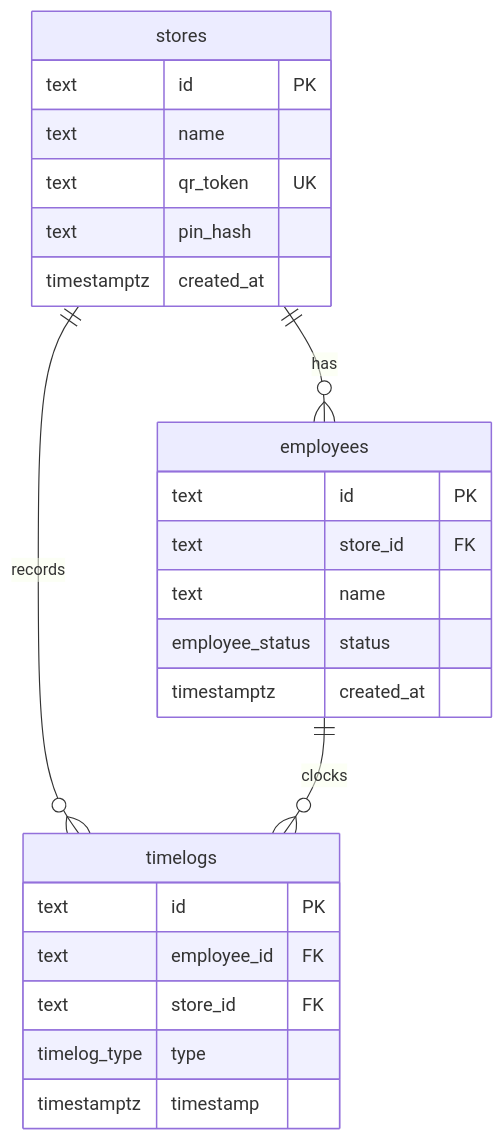
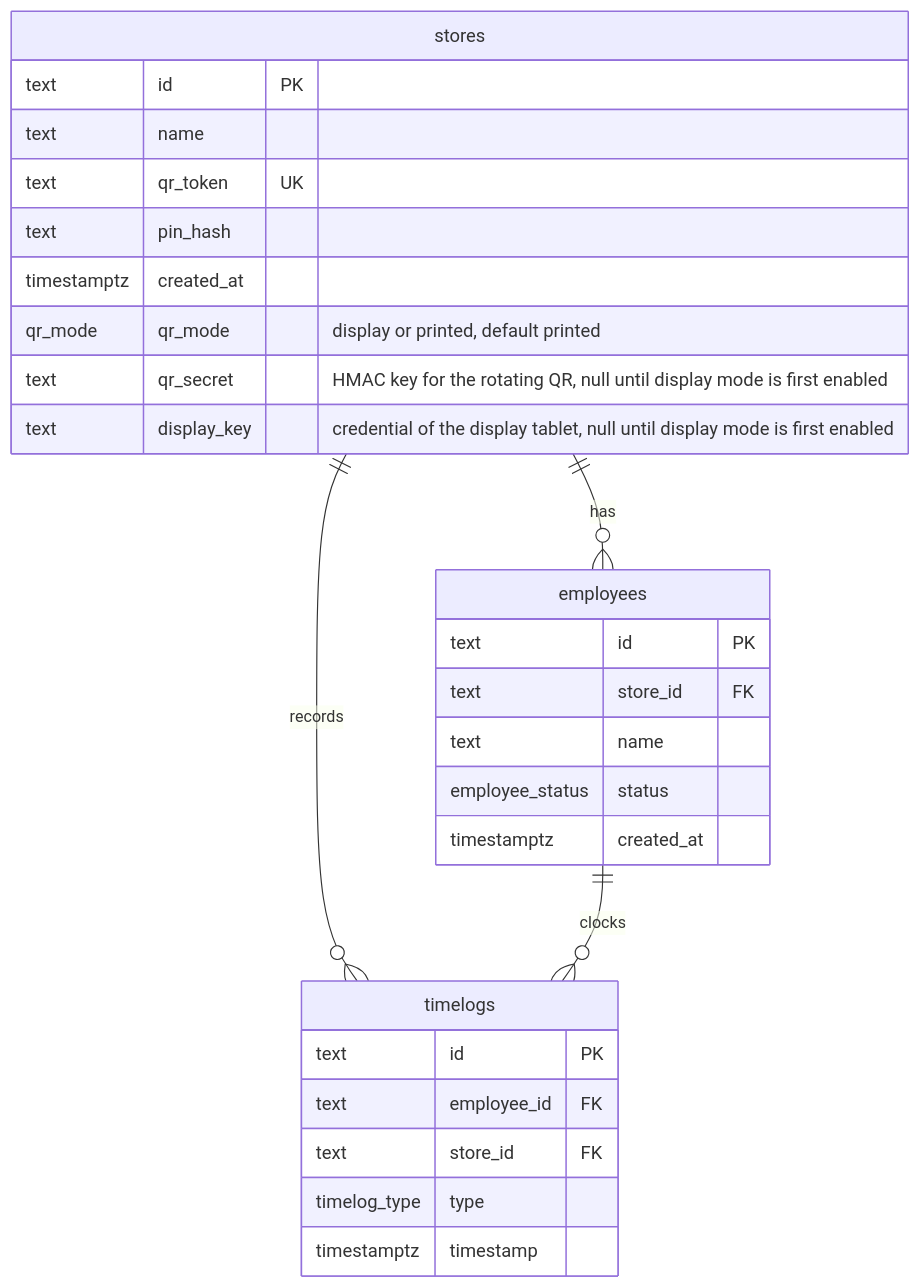
The second of 2 diagrams in docs/architecture.md (alexh0810/qr-shift), drawn with Mermaid before and after one commit. The commit also changed other lines of this file and 16 other files, not shown here.

````diff
--- a/docs/architecture.md
+++ b/docs/architecture.md
@@ -39,27 +39,30 @@
 ```mermaid
 erDiagram
   stores ||--o{ employees : has
   stores ||--o{ timelogs : records
   employees ||--o{ timelogs : clocks
   stores {
     text id PK
     text name
     text qr_token UK
     text pin_hash
     timestamptz created_at
+    qr_mode qr_mode "display or printed, default printed"
+    text qr_secret "HMAC key for the rotating QR, null until display mode is first enabled"
+    text display_key "credential of the display tablet, null until display mode is first enabled"
   }
   employees {
     text id PK
     text store_id FK
     text name
     employee_status status
     timestamptz created_at
   }
   timelogs {
     text id PK
     text employee_id FK
     text store_id FK
     timelog_type type
     timestamptz timestamp
   }
 ```
````
